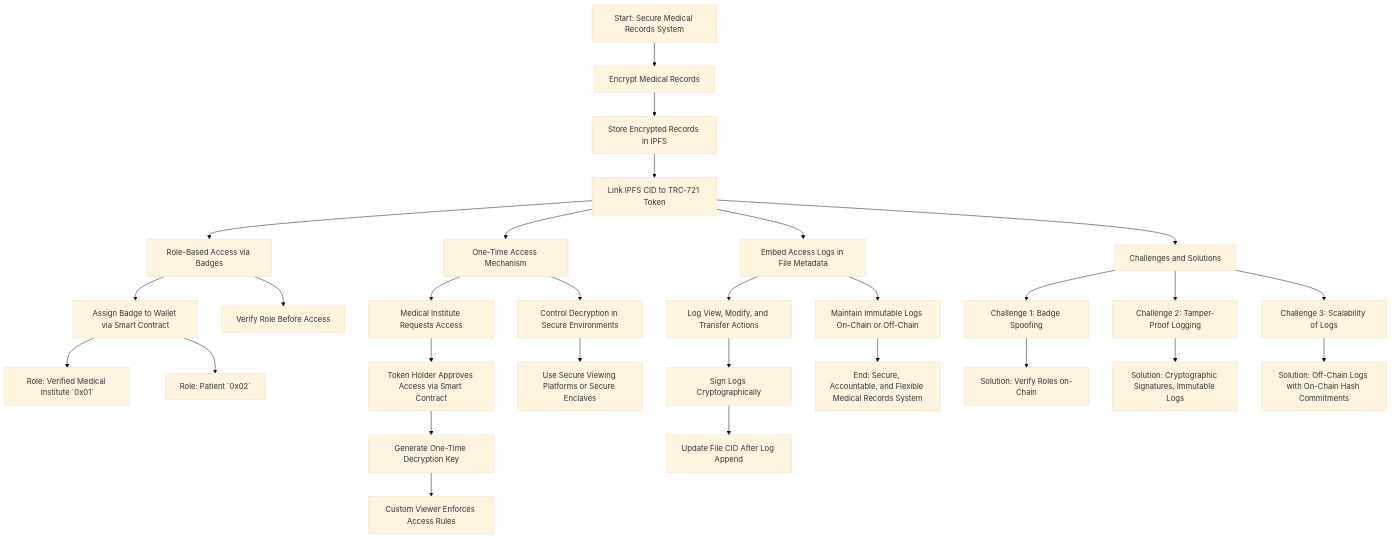
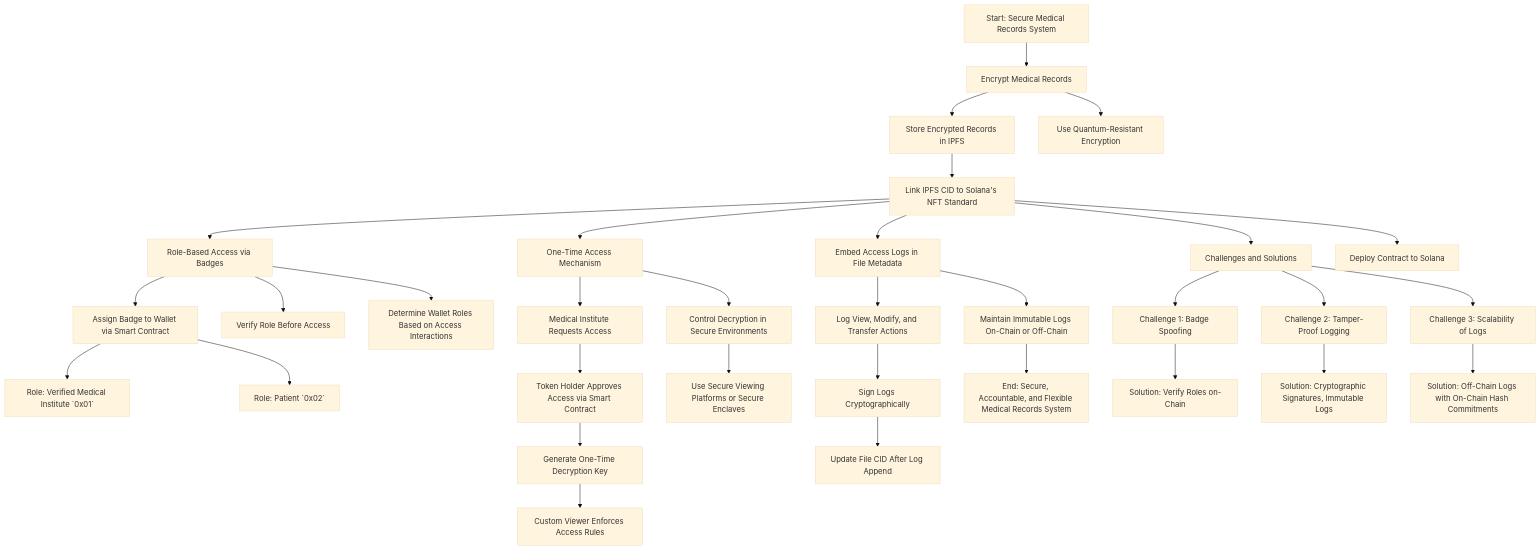
The diagram in README.md (kmoz000/MIDT), drawn with Mermaid (base theme) before and after one commit. The commit also changed 3 other files, not shown here.

Commit message:
Update README.md with new requirements and link to Solana's NFT standard; add Master Plan and Smart Contract Implementation Details documents

````diff
--- a/README.md
+++ b/README.md
@@ -1,45 +1,50 @@
 ```mermaid
 flowchart TD
     A[Start: Secure Medical Records System] --> B[Encrypt Medical Records]
     B --> C[Store Encrypted Records in IPFS]
-    C --> D[Link IPFS CID to TRC-721 Token]
+    C --> D[Link IPFS CID to Solana's NFT Standard]
     D --> E[Role-Based Access via Badges]
     
     %% Badge System Subflow
     E --> F[Assign Badge to Wallet via Smart Contract]
     F --> G[Role: Verified Medical Institute `0x01`]
     F --> H[Role: Patient `0x02`]
     E --> I[Verify Role Before Access]
 
     %% One-Time Access Subflow
     D --> J[One-Time Access Mechanism]
     J --> K[Medical Institute Requests Access]
     K --> L[Token Holder Approves Access via Smart Contract]
     L --> M[Generate One-Time Decryption Key]
     M --> N[Custom Viewer Enforces Access Rules]
 
     %% Embedded Access Logs Subflow
     D --> O[Embed Access Logs in File Metadata]
     O --> P[Log View, Modify, and Transfer Actions]
     P --> Q[Sign Logs Cryptographically]
     Q --> R[Update File CID After Log Append]
 
     %% Privacy and Accountability
     J --> S[Control Decryption in Secure Environments]
     S --> T[Use Secure Viewing Platforms or Secure Enclaves]
     O --> U[Maintain Immutable Logs On-Chain or Off-Chain]
 
     %% Challenges and Solutions Subflow
     D --> X[Challenges and Solutions]
     X --> X1[Challenge 1: Badge Spoofing]
     X1 --> Y1[Solution: Verify Roles on-Chain]
     
     X --> X2[Challenge 2: Tamper-Proof Logging]
     X2 --> Y2[Solution: Cryptographic Signatures, Immutable Logs]
     
     X --> X3[Challenge 3: Scalability of Logs]
     X3 --> Y3[Solution: Off-Chain Logs with On-Chain Hash Commitments]
 
+    %% New Requirements
+    D --> Z[Deploy Contract to Solana]
+    E --> AA[Determine Wallet Roles Based on Access Interactions]
+    B --> BB[Use Quantum-Resistant Encryption]
+
     %% End
-    U --> Z[End: Secure, Accountable, and Flexible Medical Records System]
+    U --> ZZ[End: Secure, Accountable, and Flexible Medical Records System]
 ```
````
